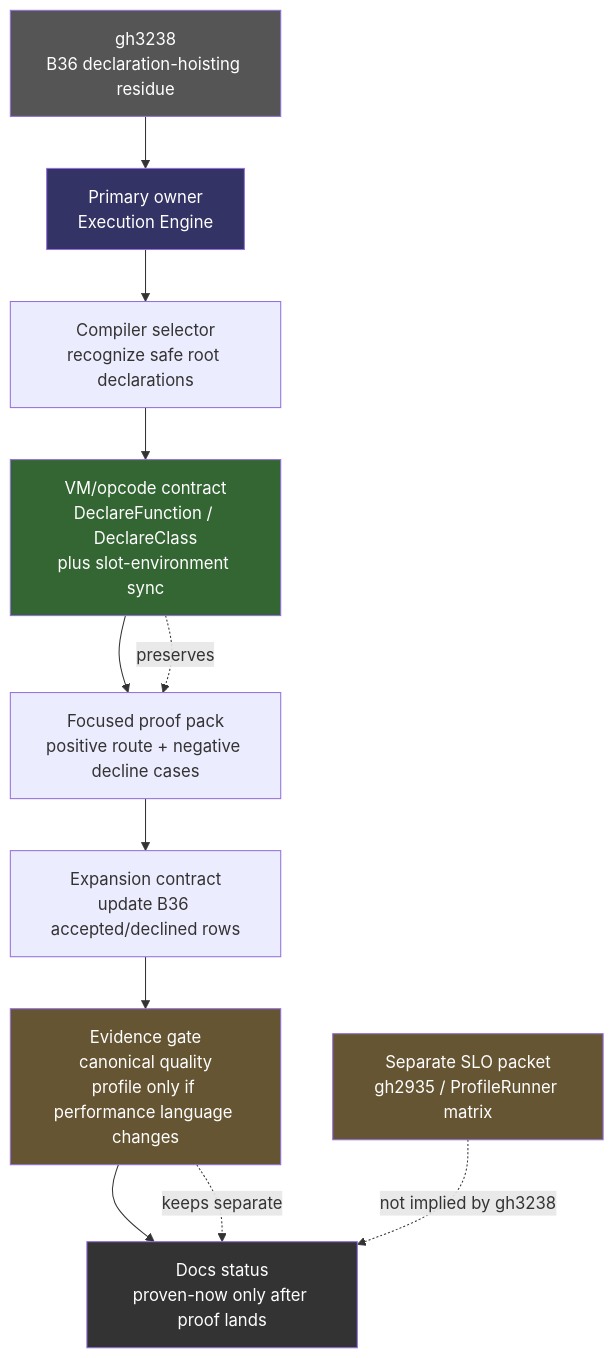
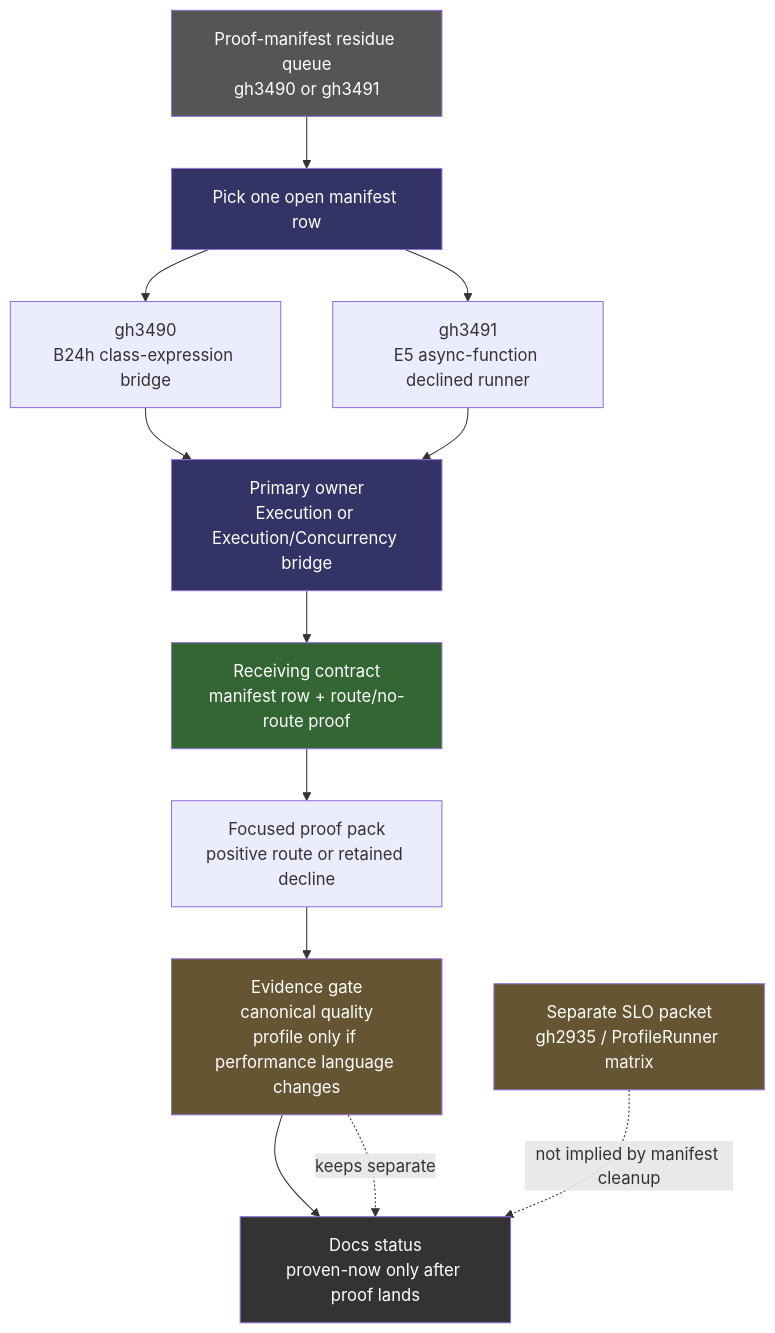
Before and after one commit to asynkron/Asynkron.JsEngine: diagram 37 of 38 in docs/dreaming.md, drawn with Mermaid. The commit also changed other lines of this file, not shown here.

Commit message:
docs: refresh Dreamer roadmap packet selector

````diff
--- a/docs/dreaming.md
+++ b/docs/dreaming.md
@@ -1521,24 +1525,28 @@
 ```mermaid
 flowchart TD
-    ROADMAP["gh3238\nB36 declaration-hoisting residue"]
-    OWNER["Primary owner\nExecution Engine"]
-    SELECTOR["Compiler selector\nrecognize safe root declarations"]
-    OPCODE["VM/opcode contract\nDeclareFunction / DeclareClass\nplus slot-environment sync"]
-    PROOF["Focused proof pack\npositive route + negative decline cases"]
-    CONTRACT["Expansion contract\nupdate B36 accepted/declined rows"]
+    ROADMAP["Proof-manifest residue queue\ngh3490 or gh3491"]
+    PICK["Pick one open manifest row"]
+    B24H["gh3490\nB24h class-expression bridge"]
+    E5["gh3491\nE5 async-function declined runner"]
+    OWNER["Primary owner\nExecution or Execution/Concurrency bridge"]
+    CONTRACT["Receiving contract\nmanifest row + route/no-route proof"]
+    PROOF["Focused proof pack\npositive route or retained decline"]
     EVIDENCE["Evidence gate\ncanonical quality\nprofile only if performance language changes"]
     DOCS["Docs status\nproven-now only after proof lands"]
     SLO["Separate SLO packet\ngh2935 / ProfileRunner matrix"]
 
-    ROADMAP --> OWNER --> SELECTOR --> OPCODE --> PROOF --> CONTRACT --> EVIDENCE --> DOCS
-    OPCODE -. preserves .-> PROOF
+    ROADMAP --> PICK
+    PICK --> B24H --> OWNER
+    PICK --> E5 --> OWNER
+    OWNER --> CONTRACT --> PROOF --> EVIDENCE --> DOCS
     EVIDENCE -. keeps separate .-> DOCS
-    SLO -. not implied by gh3238 .-> DOCS
+    SLO -. not implied by manifest cleanup .-> DOCS
 
     style ROADMAP fill:#555,color:#fff
+    style PICK fill:#336,color:#fff
     style OWNER fill:#336,color:#fff
-    style OPCODE fill:#363,color:#fff
+    style CONTRACT fill:#363,color:#fff
     style EVIDENCE fill:#653,color:#fff
     style DOCS fill:#333,color:#fff
     style SLO fill:#653,color:#fff
 ```
````
